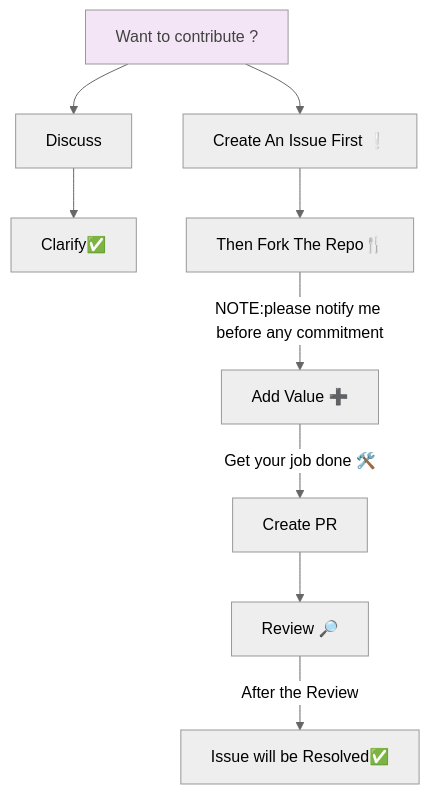
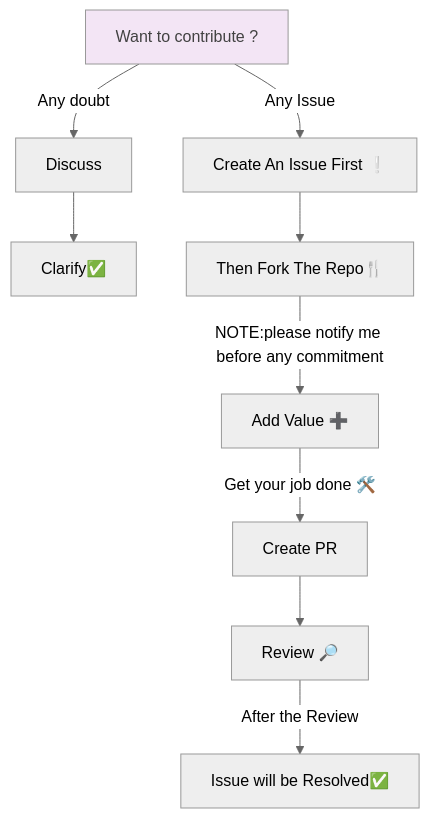
Before and after one commit to PragadeeshM1608/Discrete-Mathematics-and-Its-Applications: the diagram in CONTRIBUTING.md, drawn with Mermaid (neutral theme).

````diff
--- a/CONTRIBUTING.md
+++ b/CONTRIBUTING.md
@@ -11,9 +11,9 @@
 ```mermaid
 graph TD
 Contribute[Want to contribute ?]
-Contribute --> Discuss --> clarify[Clarify✅]
-Contribute --> Issue[Create An Issue First ❕] --> Fork[Then Fork The Repo🍴] -->|NOTE:please notify me before any commitment| Value[Add Value ➕] -->|Get your job done 🛠️| Pr[Create PR]
+Contribute -->|Any doubt| Discuss --> clarify[Clarify✅]
+Contribute -->|Any Issue| Issue[Create An Issue First ❕] --> Fork[Then Fork The Repo🍴] -->|NOTE:please notify me before any commitment| Value[Add Value ➕] -->|Get your job done 🛠️| Pr[Create PR]
  Pr --> Review[Review 🔎]
  Review -->|After the Review| Done[Issue will be Resolved✅]
 style Contribute fill:#f3e5f5,color:#424242
 ``` 
````
